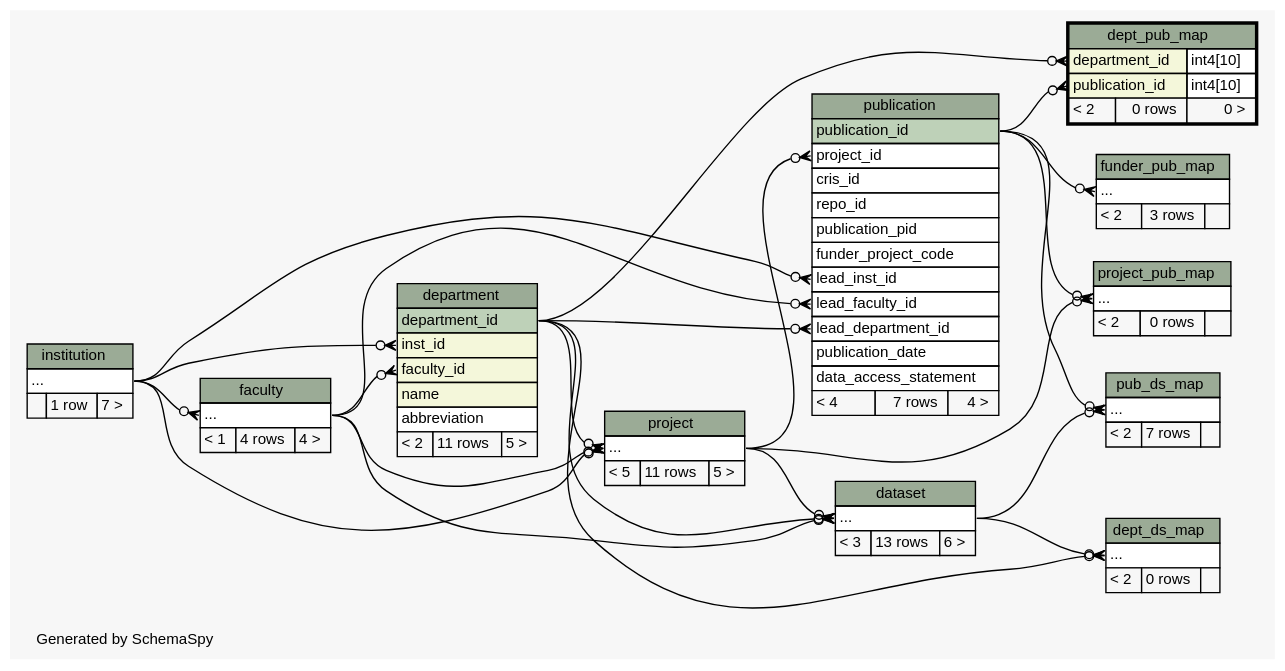
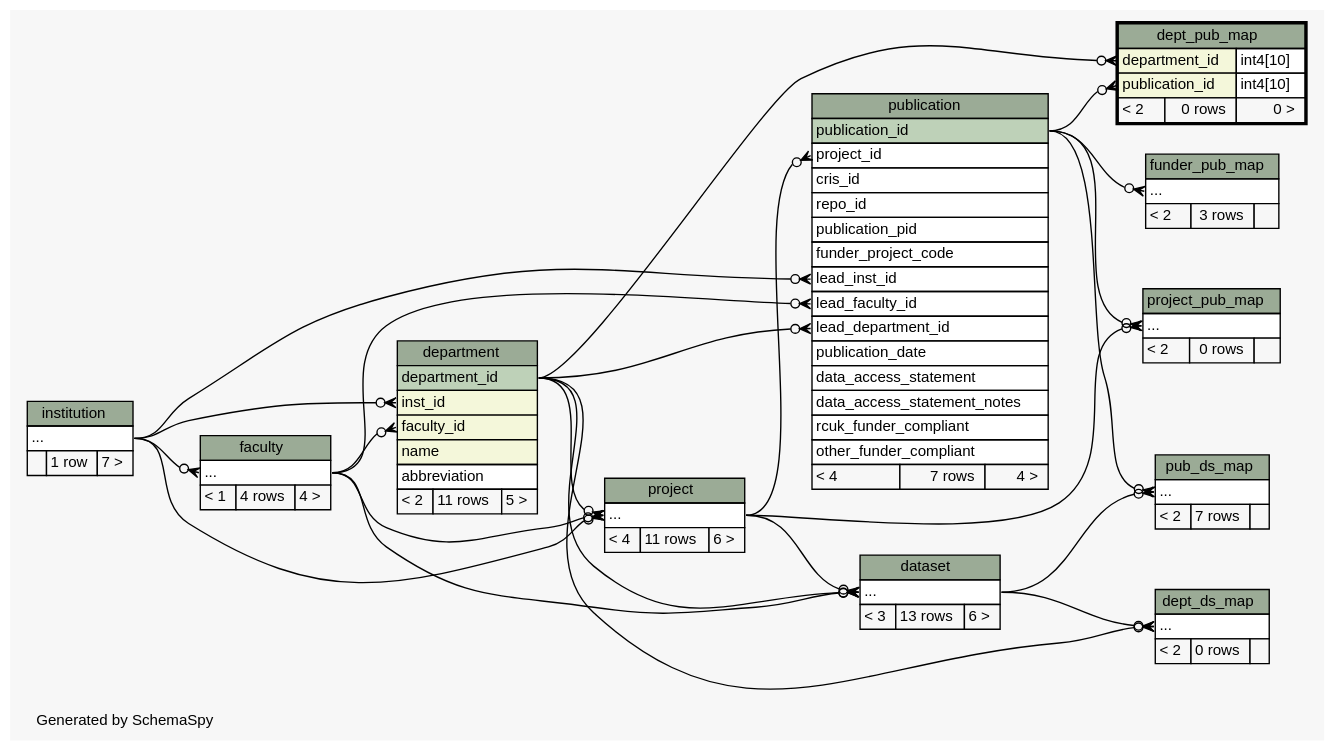
The diagram in ss.out/diagrams/dept_pub_map.2degrees.dot (lulibrary/dmao_infrastructure), drawn with Graphviz before and after one commit. The commit also changed 121 other files, not shown here.

```diff
--- a/ss.out/diagrams/dept_pub_map.2degrees.dot
+++ b/ss.out/diagrams/dept_pub_map.2degrees.dot
@@ -1,169 +1,172 @@
-// dot 2.36.0 on Linux 3.13.0-55-generic
+// dot 2.36.0 on Linux 3.13.0-62-generic
 // SchemaSpy rev 590
 digraph "twoDegreesRelationshipsDiagram" {
   graph [
     rankdir="RL"
     bgcolor="#f7f7f7"
     label="\nGenerated by SchemaSpy"
     labeljust="l"
     nodesep="0.18"
     ranksep="0.46"
     fontname="Helvetica"
     fontsize="11"
   ];
   node [
     fontname="Helvetica"
     fontsize="11"
     shape="plaintext"
   ];
   edge [
     arrowsize="0.8"
   ];
   "dataset":"elipses":w -> "department":"department_id":e [arrowhead=none dir=back arrowtail=crowodot];
   "dataset":"elipses":w -> "faculty":"elipses":e [arrowhead=none dir=back arrowtail=crowodot];
   "dataset":"elipses":w -> "project":"elipses":e [arrowhead=none dir=back arrowtail=crowodot];
   "department":"faculty_id":w -> "faculty":"elipses":e [arrowhead=none dir=back arrowtail=crowodot];
   "department":"inst_id":w -> "institution":"elipses":e [arrowhead=none dir=back arrowtail=crowodot];
   "dept_ds_map":"elipses":w -> "dataset":"elipses":e [arrowhead=none dir=back arrowtail=crowodot];
   "dept_ds_map":"elipses":w -> "department":"department_id":e [arrowhead=none dir=back arrowtail=crowodot];
   "dept_pub_map":"department_id":w -> "department":"department_id":e [arrowhead=none dir=back arrowtail=crowodot];
   "dept_pub_map":"publication_id":w -> "publication":"publication_id":e [arrowhead=none dir=back arrowtail=crowodot];
   "faculty":"elipses":w -> "institution":"elipses":e [arrowhead=none dir=back arrowtail=crowodot];
   "funder_pub_map":"elipses":w -> "publication":"publication_id":e [arrowhead=none dir=back arrowtail=crowodot];
   "project":"elipses":w -> "institution":"elipses":e [arrowhead=none dir=back arrowtail=crowodot];
   "project":"elipses":w -> "department":"department_id":e [arrowhead=none dir=back arrowtail=crowodot];
   "project":"elipses":w -> "faculty":"elipses":e [arrowhead=none dir=back arrowtail=crowodot];
   "project_pub_map":"elipses":w -> "project":"elipses":e [arrowhead=none dir=back arrowtail=crowodot];
   "project_pub_map":"elipses":w -> "publication":"publication_id":e [arrowhead=none dir=back arrowtail=crowodot];
   "pub_ds_map":"elipses":w -> "dataset":"elipses":e [arrowhead=none dir=back arrowtail=crowodot];
   "pub_ds_map":"elipses":w -> "publication":"publication_id":e [arrowhead=none dir=back arrowtail=crowodot];
   "publication":"lead_department_id":w -> "department":"department_id":e [arrowhead=none dir=back arrowtail=crowodot];
   "publication":"lead_faculty_id":w -> "faculty":"elipses":e [arrowhead=none dir=back arrowtail=crowodot];
   "publication":"lead_inst_id":w -> "institution":"elipses":e [arrowhead=none dir=back arrowtail=crowodot];
   "publication":"project_id":w -> "project":"elipses":e [arrowhead=none dir=back arrowtail=crowodot];
   "dataset" [
     label=<
     <TABLE BORDER="0" CELLBORDER="1" CELLSPACING="0" BGCOLOR="#ffffff">
       <TR><TD COLSPAN="3" BGCOLOR="#9bab96" ALIGN="CENTER">dataset</TD></TR>
       <TR><TD PORT="elipses" COLSPAN="3" ALIGN="LEFT">...</TD></TR>
       <TR><TD ALIGN="LEFT" BGCOLOR="#f7f7f7">&lt; 3</TD><TD ALIGN="RIGHT" BGCOLOR="#f7f7f7">13 rows</TD><TD ALIGN="RIGHT" BGCOLOR="#f7f7f7">6 &gt;</TD></TR>
     </TABLE>>
     URL="dataset.html"
     tooltip="dataset"
   ];
   "department" [
     label=<
     <TABLE BORDER="0" CELLBORDER="1" CELLSPACING="0" BGCOLOR="#ffffff">
       <TR><TD COLSPAN="3" BGCOLOR="#9bab96" ALIGN="CENTER">department</TD></TR>
       <TR><TD PORT="department_id" COLSPAN="3" BGCOLOR="#bed1b8" ALIGN="LEFT">department_id</TD></TR>
       <TR><TD PORT="inst_id" COLSPAN="3" BGCOLOR="#f4f7da" ALIGN="LEFT">inst_id</TD></TR>
       <TR><TD PORT="faculty_id" COLSPAN="3" BGCOLOR="#f4f7da" ALIGN="LEFT">faculty_id</TD></TR>
       <TR><TD PORT="name" COLSPAN="3" BGCOLOR="#f4f7da" ALIGN="LEFT">name</TD></TR>
       <TR><TD PORT="abbreviation" COLSPAN="3" ALIGN="LEFT">abbreviation</TD></TR>
       <TR><TD ALIGN="LEFT" BGCOLOR="#f7f7f7">&lt; 2</TD><TD ALIGN="RIGHT" BGCOLOR="#f7f7f7">11 rows</TD><TD ALIGN="RIGHT" BGCOLOR="#f7f7f7">5 &gt;</TD></TR>
     </TABLE>>
     URL="department.html"
     tooltip="department"
   ];
   "dept_ds_map" [
     label=<
     <TABLE BORDER="0" CELLBORDER="1" CELLSPACING="0" BGCOLOR="#ffffff">
       <TR><TD COLSPAN="3" BGCOLOR="#9bab96" ALIGN="CENTER">dept_ds_map</TD></TR>
       <TR><TD PORT="elipses" COLSPAN="3" ALIGN="LEFT">...</TD></TR>
       <TR><TD ALIGN="LEFT" BGCOLOR="#f7f7f7">&lt; 2</TD><TD ALIGN="RIGHT" BGCOLOR="#f7f7f7">0 rows</TD><TD ALIGN="RIGHT" BGCOLOR="#f7f7f7">  </TD></TR>
     </TABLE>>
     URL="dept_ds_map.html"
     tooltip="dept_ds_map"
   ];
   "dept_pub_map" [
     label=<
     <TABLE BORDER="2" CELLBORDER="1" CELLSPACING="0" BGCOLOR="#ffffff">
       <TR><TD COLSPAN="3" BGCOLOR="#9bab96" ALIGN="CENTER">dept_pub_map</TD></TR>
       <TR><TD PORT="department_id" COLSPAN="2" BGCOLOR="#f4f7da" ALIGN="LEFT">department_id</TD><TD PORT="department_id.type" ALIGN="LEFT">int4[10]</TD></TR>
       <TR><TD PORT="publication_id" COLSPAN="2" BGCOLOR="#f4f7da" ALIGN="LEFT">publication_id</TD><TD PORT="publication_id.type" ALIGN="LEFT">int4[10]</TD></TR>
       <TR><TD ALIGN="LEFT" BGCOLOR="#f7f7f7">&lt; 2</TD><TD ALIGN="RIGHT" BGCOLOR="#f7f7f7">0 rows</TD><TD ALIGN="RIGHT" BGCOLOR="#f7f7f7">0 &gt;</TD></TR>
     </TABLE>>
     URL="dept_pub_map.html"
     tooltip="dept_pub_map"
   ];
   "faculty" [
     label=<
     <TABLE BORDER="0" CELLBORDER="1" CELLSPACING="0" BGCOLOR="#ffffff">
       <TR><TD COLSPAN="3" BGCOLOR="#9bab96" ALIGN="CENTER">faculty</TD></TR>
       <TR><TD PORT="elipses" COLSPAN="3" ALIGN="LEFT">...</TD></TR>
       <TR><TD ALIGN="LEFT" BGCOLOR="#f7f7f7">&lt; 1</TD><TD ALIGN="RIGHT" BGCOLOR="#f7f7f7">4 rows</TD><TD ALIGN="RIGHT" BGCOLOR="#f7f7f7">4 &gt;</TD></TR>
     </TABLE>>
     URL="faculty.html"
     tooltip="faculty"
   ];
   "funder_pub_map" [
     label=<
     <TABLE BORDER="0" CELLBORDER="1" CELLSPACING="0" BGCOLOR="#ffffff">
       <TR><TD COLSPAN="3" BGCOLOR="#9bab96" ALIGN="CENTER">funder_pub_map</TD></TR>
       <TR><TD PORT="elipses" COLSPAN="3" ALIGN="LEFT">...</TD></TR>
       <TR><TD ALIGN="LEFT" BGCOLOR="#f7f7f7">&lt; 2</TD><TD ALIGN="RIGHT" BGCOLOR="#f7f7f7">3 rows</TD><TD ALIGN="RIGHT" BGCOLOR="#f7f7f7">  </TD></TR>
     </TABLE>>
     URL="funder_pub_map.html"
     tooltip="funder_pub_map"
   ];
   "institution" [
     label=<
     <TABLE BORDER="0" CELLBORDER="1" CELLSPACING="0" BGCOLOR="#ffffff">
       <TR><TD COLSPAN="3" BGCOLOR="#9bab96" ALIGN="CENTER">institution</TD></TR>
       <TR><TD PORT="elipses" COLSPAN="3" ALIGN="LEFT">...</TD></TR>
       <TR><TD ALIGN="LEFT" BGCOLOR="#f7f7f7">  </TD><TD ALIGN="RIGHT" BGCOLOR="#f7f7f7">1 row</TD><TD ALIGN="RIGHT" BGCOLOR="#f7f7f7">7 &gt;</TD></TR>
     </TABLE>>
     URL="institution.html"
     tooltip="institution"
   ];
   "project" [
     label=<
     <TABLE BORDER="0" CELLBORDER="1" CELLSPACING="0" BGCOLOR="#ffffff">
       <TR><TD COLSPAN="3" BGCOLOR="#9bab96" ALIGN="CENTER">project</TD></TR>
       <TR><TD PORT="elipses" COLSPAN="3" ALIGN="LEFT">...</TD></TR>
-      <TR><TD ALIGN="LEFT" BGCOLOR="#f7f7f7">&lt; 5</TD><TD ALIGN="RIGHT" BGCOLOR="#f7f7f7">11 rows</TD><TD ALIGN="RIGHT" BGCOLOR="#f7f7f7">5 &gt;</TD></TR>
+      <TR><TD ALIGN="LEFT" BGCOLOR="#f7f7f7">&lt; 4</TD><TD ALIGN="RIGHT" BGCOLOR="#f7f7f7">11 rows</TD><TD ALIGN="RIGHT" BGCOLOR="#f7f7f7">6 &gt;</TD></TR>
     </TABLE>>
     URL="project.html"
     tooltip="project"
   ];
   "project_pub_map" [
     label=<
     <TABLE BORDER="0" CELLBORDER="1" CELLSPACING="0" BGCOLOR="#ffffff">
       <TR><TD COLSPAN="3" BGCOLOR="#9bab96" ALIGN="CENTER">project_pub_map</TD></TR>
       <TR><TD PORT="elipses" COLSPAN="3" ALIGN="LEFT">...</TD></TR>
       <TR><TD ALIGN="LEFT" BGCOLOR="#f7f7f7">&lt; 2</TD><TD ALIGN="RIGHT" BGCOLOR="#f7f7f7">0 rows</TD><TD ALIGN="RIGHT" BGCOLOR="#f7f7f7">  </TD></TR>
     </TABLE>>
     URL="project_pub_map.html"
     tooltip="project_pub_map"
   ];
   "pub_ds_map" [
     label=<
     <TABLE BORDER="0" CELLBORDER="1" CELLSPACING="0" BGCOLOR="#ffffff">
       <TR><TD COLSPAN="3" BGCOLOR="#9bab96" ALIGN="CENTER">pub_ds_map</TD></TR>
       <TR><TD PORT="elipses" COLSPAN="3" ALIGN="LEFT">...</TD></TR>
       <TR><TD ALIGN="LEFT" BGCOLOR="#f7f7f7">&lt; 2</TD><TD ALIGN="RIGHT" BGCOLOR="#f7f7f7">7 rows</TD><TD ALIGN="RIGHT" BGCOLOR="#f7f7f7">  </TD></TR>
     </TABLE>>
     URL="pub_ds_map.html"
     tooltip="pub_ds_map"
   ];
   "publication" [
     label=<
     <TABLE BORDER="0" CELLBORDER="1" CELLSPACING="0" BGCOLOR="#ffffff">
       <TR><TD COLSPAN="3" BGCOLOR="#9bab96" ALIGN="CENTER">publication</TD></TR>
       <TR><TD PORT="publication_id" COLSPAN="3" BGCOLOR="#bed1b8" ALIGN="LEFT">publication_id</TD></TR>
       <TR><TD PORT="project_id" COLSPAN="3" ALIGN="LEFT">project_id</TD></TR>
       <TR><TD PORT="cris_id" COLSPAN="3" ALIGN="LEFT">cris_id</TD></TR>
       <TR><TD PORT="repo_id" COLSPAN="3" ALIGN="LEFT">repo_id</TD></TR>
       <TR><TD PORT="publication_pid" COLSPAN="3" ALIGN="LEFT">publication_pid</TD></TR>
       <TR><TD PORT="funder_project_code" COLSPAN="3" ALIGN="LEFT">funder_project_code</TD></TR>
       <TR><TD PORT="lead_inst_id" COLSPAN="3" ALIGN="LEFT">lead_inst_id</TD></TR>
       <TR><TD PORT="lead_faculty_id" COLSPAN="3" ALIGN="LEFT">lead_faculty_id</TD></TR>
       <TR><TD PORT="lead_department_id" COLSPAN="3" ALIGN="LEFT">lead_department_id</TD></TR>
       <TR><TD PORT="publication_date" COLSPAN="3" ALIGN="LEFT">publication_date</TD></TR>
       <TR><TD PORT="data_access_statement" COLSPAN="3" ALIGN="LEFT">data_access_statement</TD></TR>
+      <TR><TD PORT="data_access_statement_notes" COLSPAN="3" ALIGN="LEFT">data_access_statement_notes</TD></TR>
+      <TR><TD PORT="rcuk_funder_compliant" COLSPAN="3" ALIGN="LEFT">rcuk_funder_compliant</TD></TR>
+      <TR><TD PORT="other_funder_compliant" COLSPAN="3" ALIGN="LEFT">other_funder_compliant</TD></TR>
       <TR><TD ALIGN="LEFT" BGCOLOR="#f7f7f7">&lt; 4</TD><TD ALIGN="RIGHT" BGCOLOR="#f7f7f7">7 rows</TD><TD ALIGN="RIGHT" BGCOLOR="#f7f7f7">4 &gt;</TD></TR>
     </TABLE>>
     URL="publication.html"
     tooltip="publication"
   ];
 }
```
